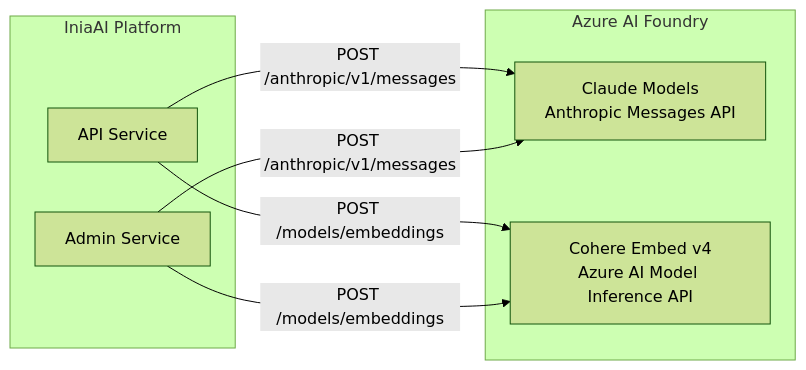
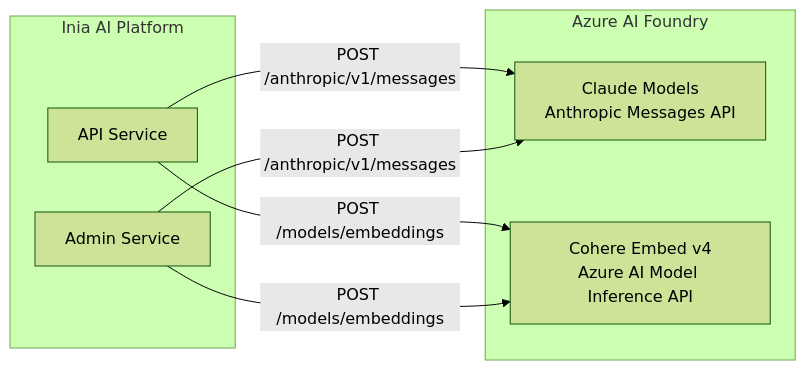
The diagram in docs/architecture/ai-integration/azure-foundry.md (Inia-AI/inia), drawn with Mermaid (forest theme) before and after one commit. The commit also changed other lines of this file and 88 other files, not shown here.

````diff
--- a/docs/architecture/ai-integration/azure-foundry.md
+++ b/docs/architecture/ai-integration/azure-foundry.md
@@ -23,17 +23,17 @@
 ```mermaid
 graph LR
-    subgraph "IniaAI Platform"
+    subgraph "Inia AI Platform"
         API[API Service]
         Admin[Admin Service]
     end
 
     subgraph "Azure AI Foundry"
         Claude[Claude Models<br/>Anthropic Messages API]
         Cohere[Cohere Embed v4<br/>Azure AI Model Inference API]
     end
 
     API -->|"POST /anthropic/v1/messages"| Claude
     API -->|"POST /models/embeddings"| Cohere
     Admin -->|"POST /anthropic/v1/messages"| Claude
     Admin -->|"POST /models/embeddings"| Cohere
 ```
````
